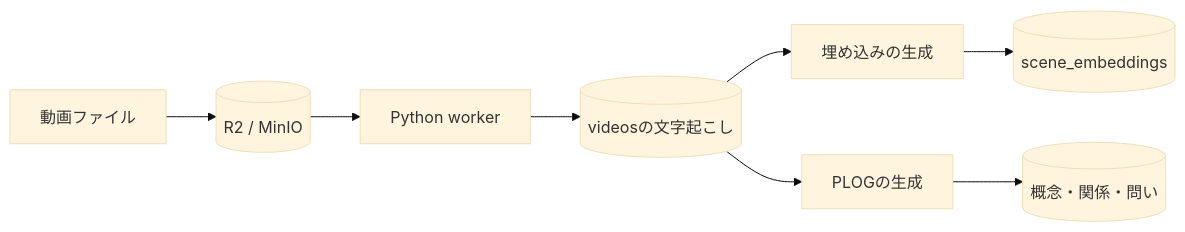
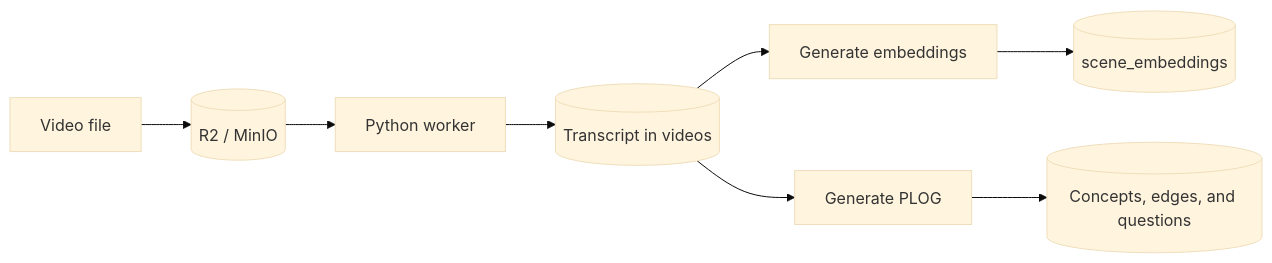
One commit to yukiharada1228/videoq changed the first of 2 diagrams in docs/database/data-flow-diagram.md. Above: the diagram before and after it, drawn with Mermaid (base theme). The commit also changed other lines of this file and 79 other files, not shown here.

````diff
--- a/docs/database/data-flow-diagram.md
+++ b/docs/database/data-flow-diagram.md
@@ -12,10 +12,10 @@
 ```mermaid
 flowchart LR
-    File[動画ファイル] --> Store[(R2 / MinIO)]
+    File[Video file] --> Store[(R2 / MinIO)]
     Store --> Worker[Python worker]
-    Worker --> Transcript[(videosの文字起こし)]
-    Transcript --> Index[埋め込みの生成]
+    Worker --> Transcript[(Transcript in videos)]
+    Transcript --> Index[Generate embeddings]
     Index --> Scenes[(scene_embeddings)]
-    Transcript --> Plog[PLOGの生成]
-    Plog --> Concepts[(概念・関係・問い)]
+    Transcript --> Plog[Generate PLOG]
+    Plog --> Concepts[(Concepts, edges, and questions)]
 ```
````
